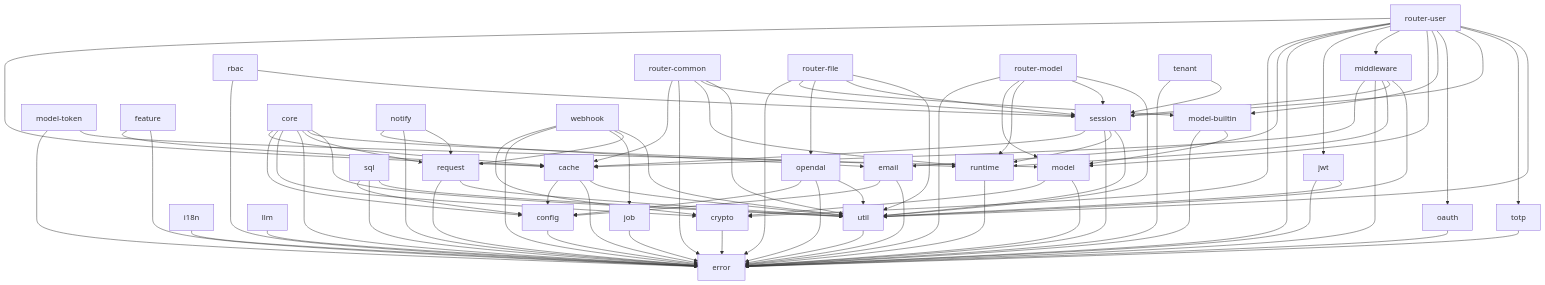
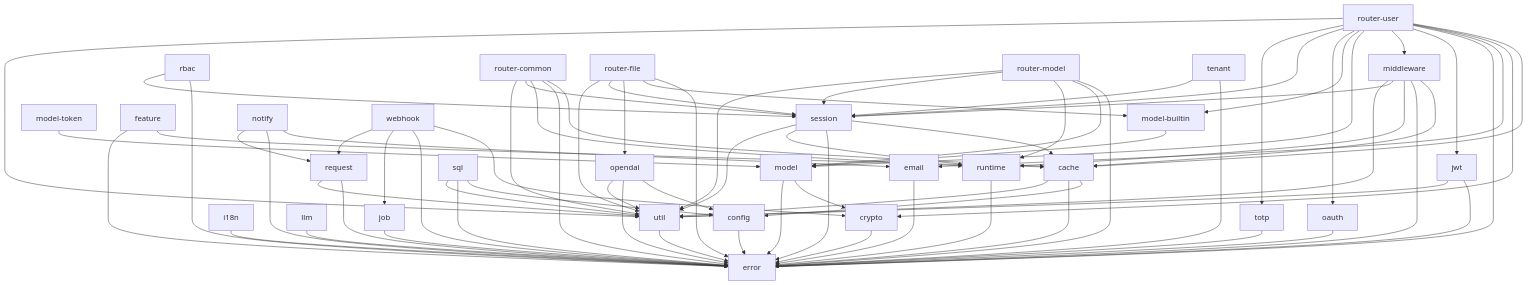
Before and after one commit to vicanso/tibba: the diagram in docs/modules.md, drawn with Mermaid. The commit also changed 32 other files, not shown here.

Commit message:
refactor(deps): drop tibba-core facade, gate tibba-util features, prune unused deps

```diff
--- a/docs/modules.md
+++ b/docs/modules.md
@@ -15,6 +15,8 @@
     config --> error
 
     crypto --> error
+
+    email --> error
 
     i18n --> error
 
@@ -29,9 +31,6 @@
     totp --> error
 
     util --> error
-
-    email --> config
-    email --> error
 
     model --> crypto
     model --> error
@@ -54,10 +53,8 @@
     sql --> error
     sql --> util
 
-    model-builtin --> error
     model-builtin --> model
 
-    model-token --> error
     model-token --> model
 
     feature --> cache
@@ -68,14 +65,6 @@
     session --> runtime
     session --> util
 
-    core --> cache
-    core --> config
-    core --> crypto
-    core --> error
-    core --> request
-    core --> runtime
-    core --> util
-
     notify --> email
     notify --> error
     notify --> request
@@ -84,7 +73,6 @@
     webhook --> error
     webhook --> job
     webhook --> request
-    webhook --> util
 
     middleware --> cache
     middleware --> error
```
